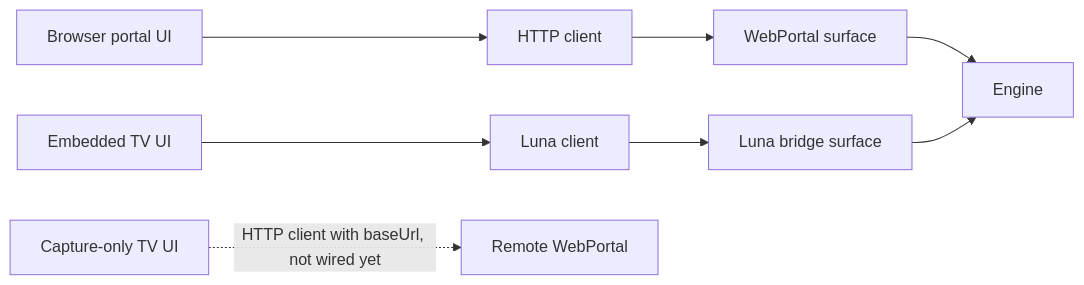
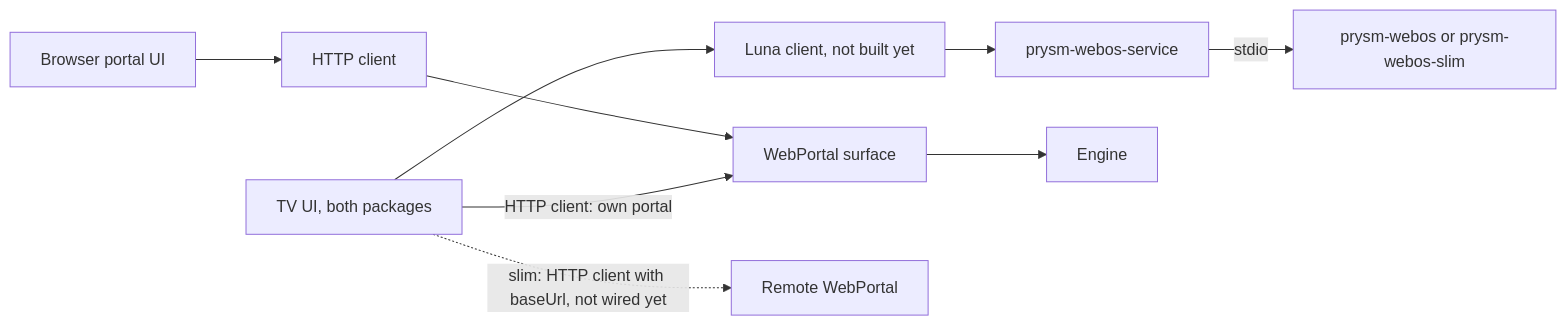
One commit to ericschaal/prysm changed the diagram in v1/UI-ASSEMBLIES.md. Above: the diagram before and after it, drawn with Mermaid. The commit also changed other lines of this file and 78 other files, not shown here.

````diff
--- a/v1/UI-ASSEMBLIES.md
+++ b/v1/UI-ASSEMBLIES.md
@@ -31,8 +40,9 @@
 ```mermaid
 flowchart LR
     Browser[Browser portal UI] --> HTTP[HTTP client] --> Portal[WebPortal surface]
-    TV[Embedded TV UI] --> Luna[Luna client] --> Bridge[Luna bridge surface]
+    TV[TV UI, both packages] --> Luna[Luna client, not built yet] --> Supervisor[prysm-webos-service]
+    Supervisor -->|stdio| Worker[prysm-webos or prysm-webos-slim]
+    TV -->|HTTP client: own portal| Portal
     Portal --> Engine
-    Bridge --> Engine
-    Slim[Capture-only TV UI] -.->|HTTP client with baseUrl, not wired yet| Remote[Remote WebPortal]
+    TV -.->|slim: HTTP client with baseUrl, not wired yet| Remote[Remote WebPortal]
 ```
````
